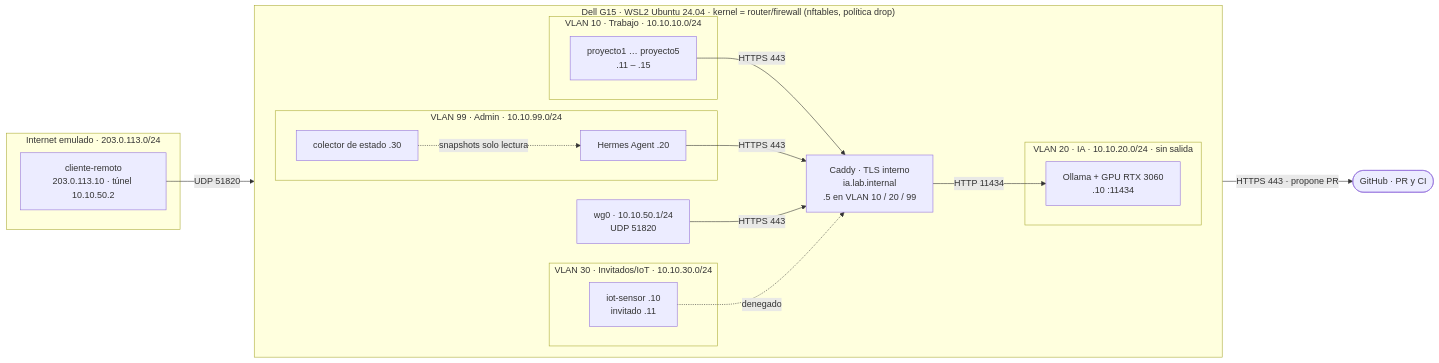
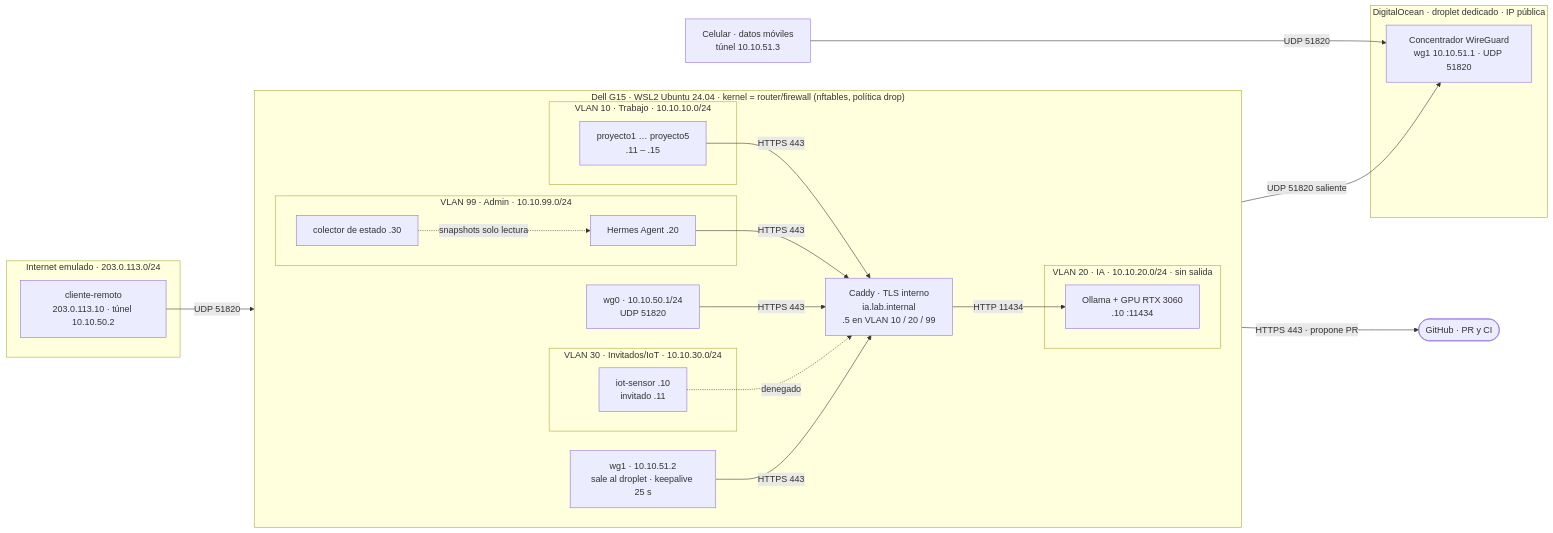
The diagram in docs/02-diseno.md (gsanchezm/red-netdevops-llm), drawn with Mermaid before and after one commit. The commit also changed other lines of this file and 2 other files, not shown here.

First line of the commit message:
Diseño: droplet dedicado de DigitalOcean como concentrador WireGuard real

````diff
--- a/docs/02-diseno.md
+++ b/docs/02-diseno.md
@@ -87,34 +102,42 @@
 ```mermaid
 flowchart LR
     subgraph HOST["Dell G15 · WSL2 Ubuntu 24.04 · kernel = router/firewall (nftables, política drop)"]
         direction LR
         subgraph V10["VLAN 10 · Trabajo · 10.10.10.0/24"]
             P["proyecto1 … proyecto5<br/>.11 – .15"]
         end
         subgraph V99["VLAN 99 · Admin · 10.10.99.0/24"]
             HER["Hermes Agent .20"]
             COL["colector de estado .30"]
         end
         CADDY["Caddy · TLS interno<br/>ia.lab.internal<br/>.5 en VLAN 10 / 20 / 99"]
         subgraph V20["VLAN 20 · IA · 10.10.20.0/24 · sin salida"]
             OLL["Ollama + GPU RTX 3060<br/>.10 :11434"]
         end
         subgraph V30["VLAN 30 · Invitados/IoT · 10.10.30.0/24"]
             IOT["iot-sensor .10<br/>invitado .11"]
         end
         WG["wg0 · 10.10.50.1/24<br/>UDP 51820"]
+        WG1["wg1 · 10.10.51.2<br/>sale al droplet · keepalive 25 s"]
     end
+    subgraph DO["DigitalOcean · droplet dedicado · IP pública"]
+        HUB["Concentrador WireGuard<br/>wg1 10.10.51.1 · UDP 51820"]
+    end
+    CEL["Celular · datos móviles<br/>túnel 10.10.51.3"]
     subgraph INET["Internet emulado · 203.0.113.0/24"]
         REM["cliente-remoto<br/>203.0.113.10 · túnel 10.10.50.2"]
     end
     GH(["GitHub · PR y CI"])
 
     P -->|HTTPS 443| CADDY
     HER -->|HTTPS 443| CADDY
     CADDY -->|HTTP 11434| OLL
     REM -->|UDP 51820| WG
     WG -->|HTTPS 443| CADDY
     HER -->|HTTPS 443 · propone PR| GH
     COL -.->|snapshots solo lectura| HER
     IOT -.->|denegado| CADDY
+    WG1 -->|UDP 51820 saliente| HUB
+    CEL -->|UDP 51820| HUB
+    WG1 -->|HTTPS 443| CADDY
 ```
````
